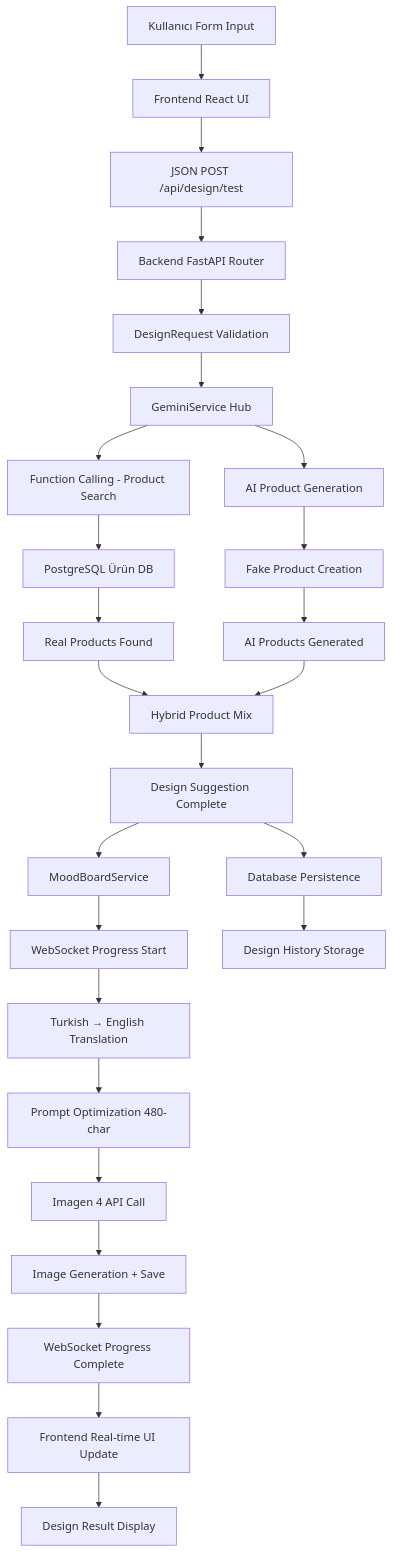
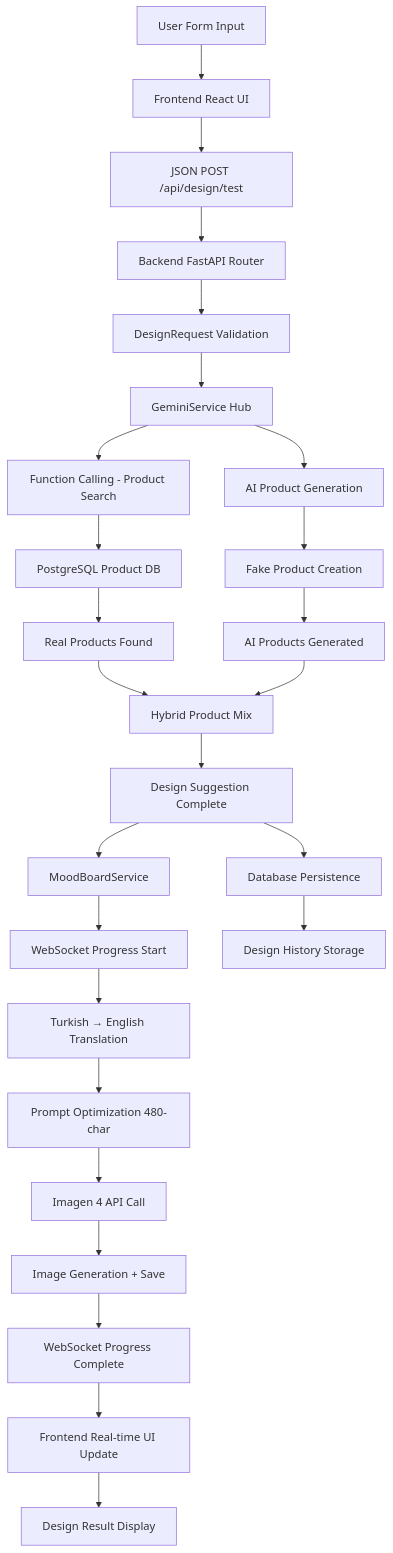
One commit to subhanakbenli/DekoAsistanAI changed the diagram in docs/system-architecture.md. Above: the diagram before and after it, drawn with Mermaid. The commit also changed other lines of this file and 100 other files, not shown here.

````diff
--- a/docs/system-architecture.md
+++ b/docs/system-architecture.md
@@ -155,34 +155,34 @@
 ```mermaid
 graph TD
-    A[Kullanıcı Form Input] --> B[Frontend React UI]
+    A[User Form Input] --> B[Frontend React UI]
     B --> C[JSON POST /api/design/test]
     C --> D[Backend FastAPI Router]
     D --> E[DesignRequest Validation]
     E --> F[GeminiService Hub]
     
     F --> G[Function Calling - Product Search]
     F --> H[AI Product Generation]
-    G --> I[PostgreSQL Ürün DB]
+    G --> I[PostgreSQL Product DB]
     H --> J[Fake Product Creation]
     
     I --> K[Real Products Found]
     J --> L[AI Products Generated]
     K --> M[Hybrid Product Mix]
     L --> M
     
     M --> N[Design Suggestion Complete]
     N --> O[MoodBoardService]
     
     O --> P[WebSocket Progress Start]
     P --> Q[Turkish → English Translation]
     Q --> R[Prompt Optimization 480-char]
     R --> S[Imagen 4 API Call]
     S --> T[Image Generation + Save]
     T --> U[WebSocket Progress Complete]
     
     U --> V[Frontend Real-time UI Update]
     V --> W[Design Result Display]
     
     N --> X[Database Persistence]
     X --> Y[Design History Storage]
 ```
````
